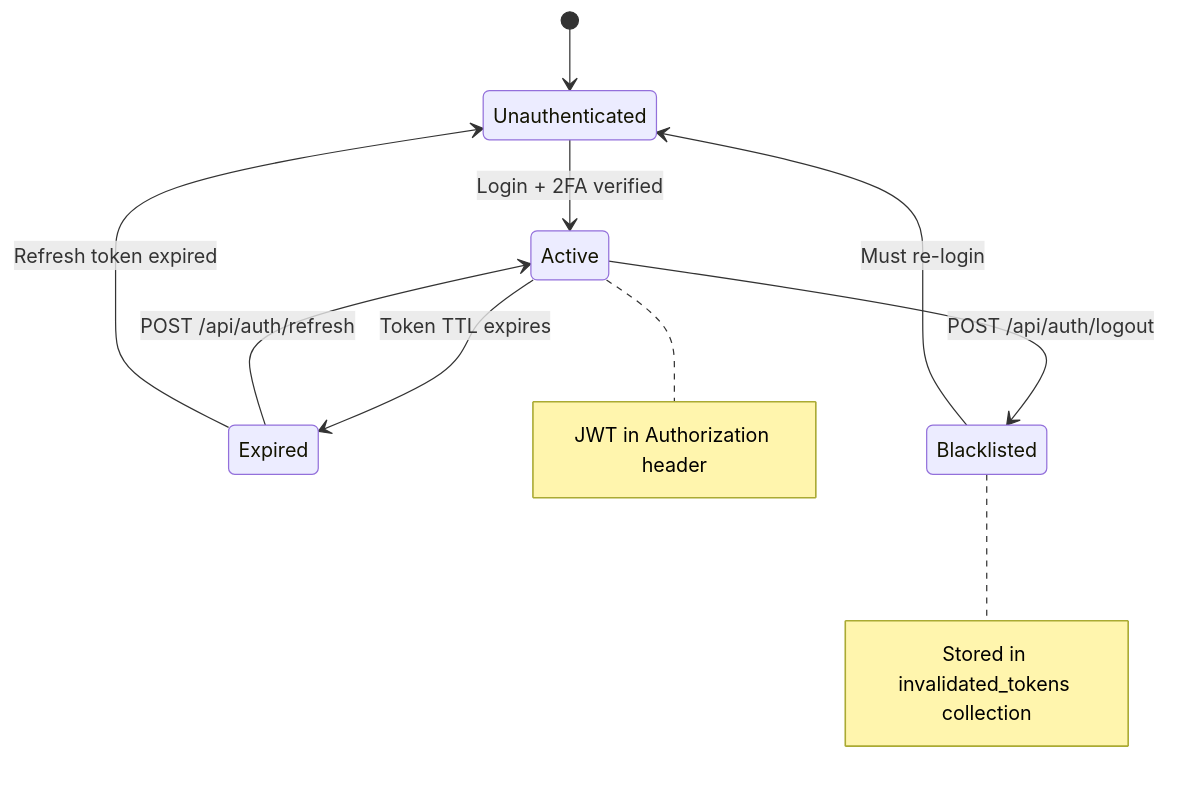
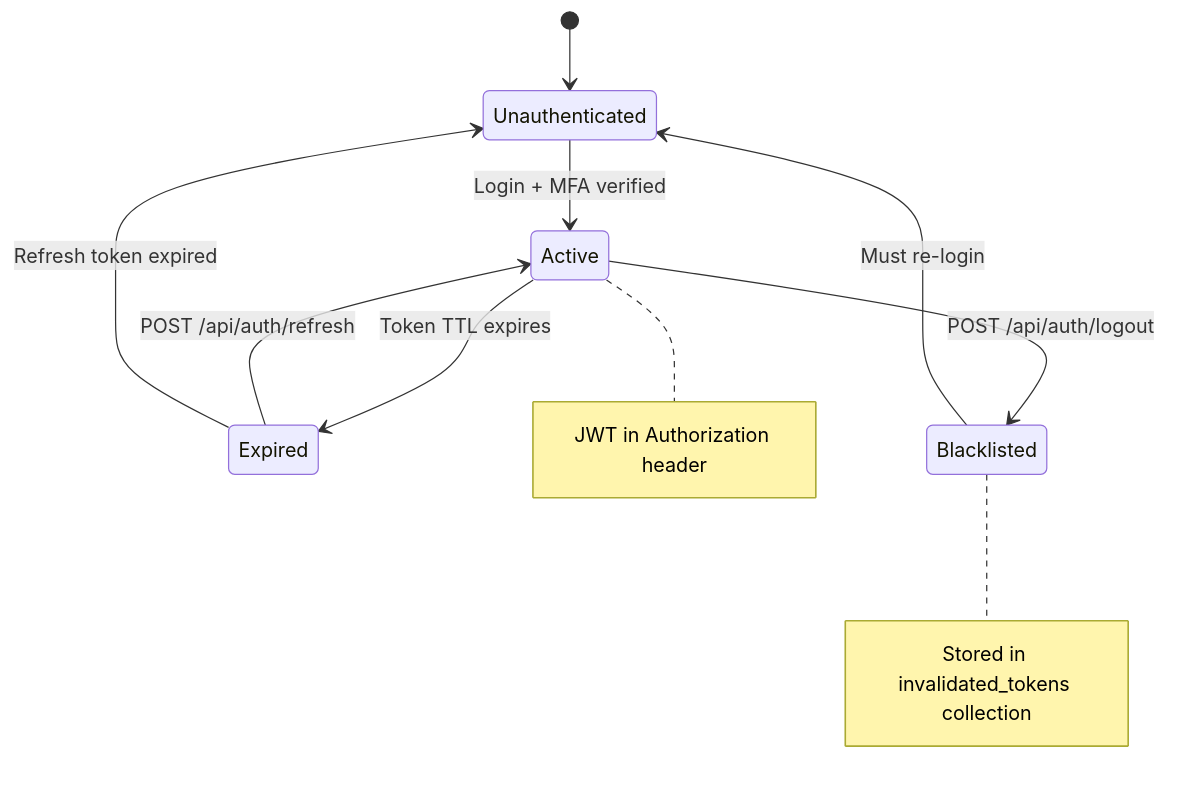
Before and after one commit to urvagandhi/coinTrack: the fourth of 10 diagrams in backend/README.md, drawn with Mermaid. The commit also changed other lines of this file and 76 other files, not shown here.

````diff
--- a/backend/README.md
+++ b/backend/README.md
@@ -329,13 +329,13 @@
 ```mermaid
 stateDiagram-v2
     [*] --> Unauthenticated
-    Unauthenticated --> Active: Login + 2FA verified
+    Unauthenticated --> Active: Login + MFA verified
     Active --> Expired: Token TTL expires
     Active --> Blacklisted: POST /api/auth/logout
     Expired --> Active: POST /api/auth/refresh
     Expired --> Unauthenticated: Refresh token expired
     Blacklisted --> Unauthenticated: Must re-login
 
     note right of Active: JWT in Authorization header
     note right of Blacklisted: Stored in invalidated_tokens collection
 ```
````
